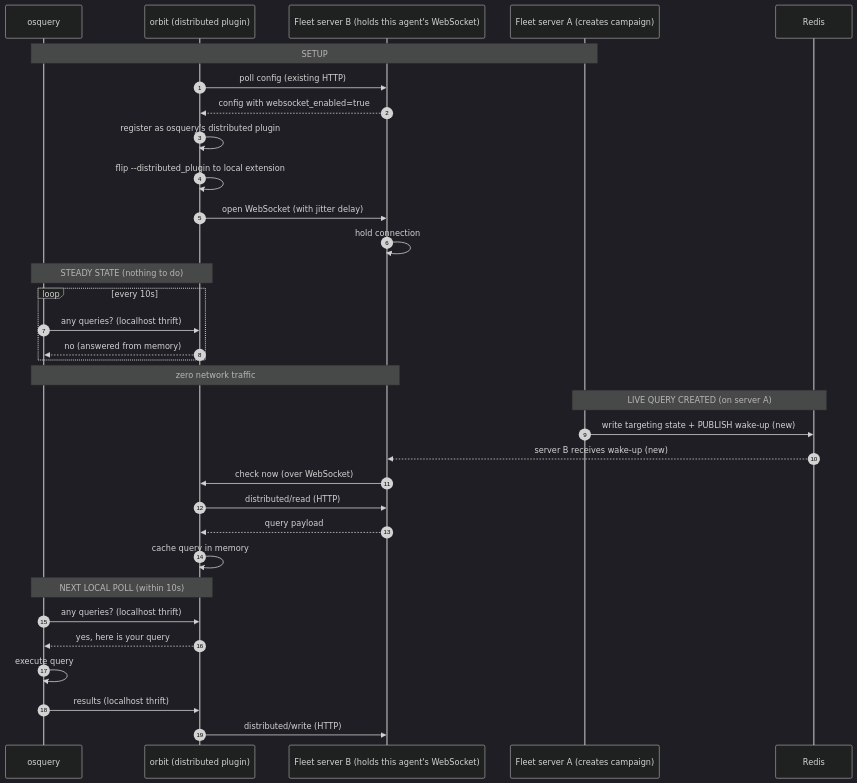
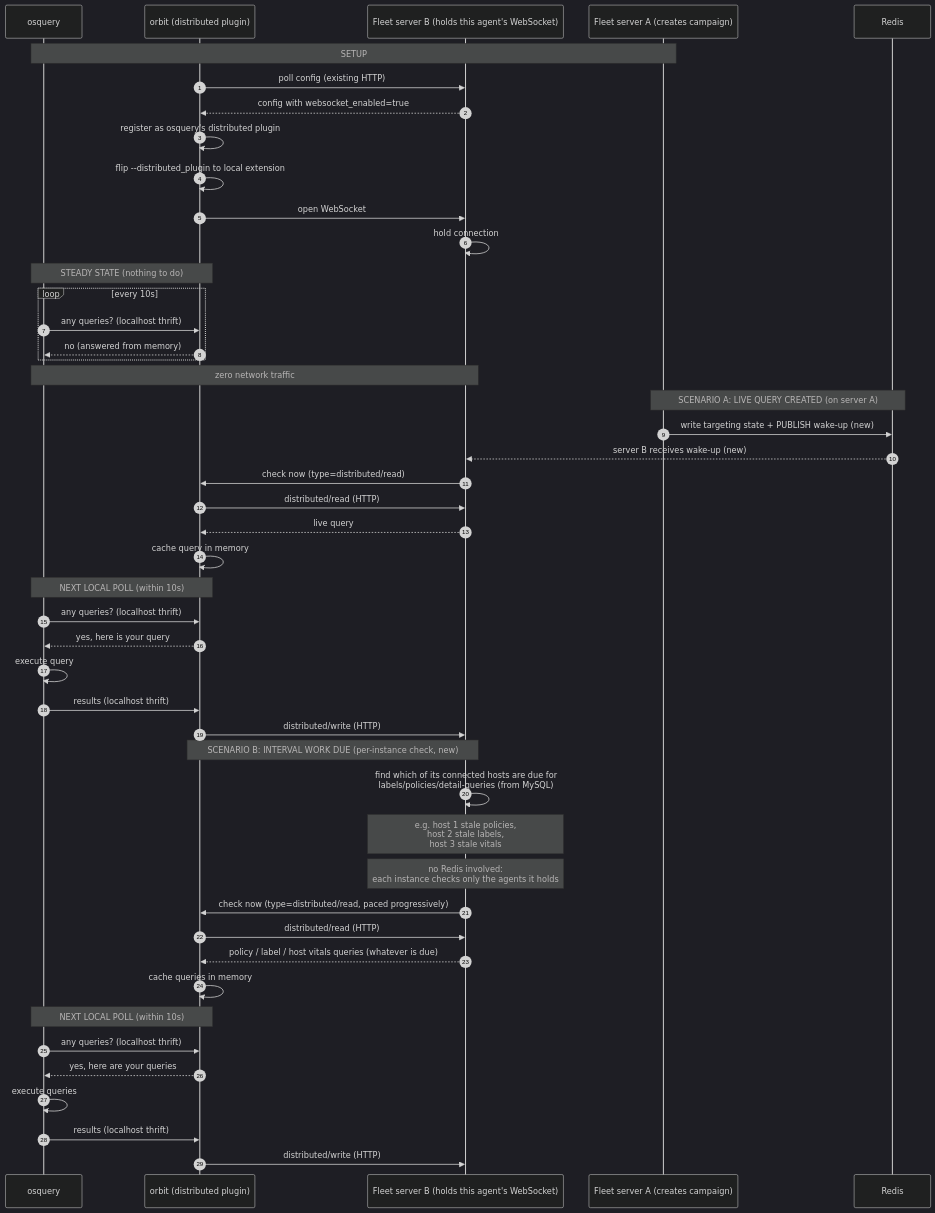
One commit to fleetdm/fleet changed the fourth of 4 diagrams in docs/Contributing/adr/0011-agent-websocket-transport.md. Above: the diagram before and after it, drawn with Mermaid (dark theme). The commit also changed other lines of this file, not shown here.

Commit message:
Add policies, labels, detail queries cron to main diagram

````diff
--- a/docs/Contributing/adr/0011-agent-websocket-transport.md
+++ b/docs/Contributing/adr/0011-agent-websocket-transport.md
@@ -250,39 +211,55 @@
 ```mermaid
 sequenceDiagram
     autonumber
     participant OSQ as osquery
     participant Orbit as orbit (distributed plugin)
     participant S2 as Fleet server B (holds this agent's WebSocket)
     participant S1 as Fleet server A (creates campaign)
     participant Redis
 
     Note over OSQ,S1: SETUP
     Orbit->>S2: poll config (existing HTTP)
     S2-->>Orbit: config with websocket_enabled=true
     Orbit->>Orbit: register as osquery's distributed plugin
     Orbit->>Orbit: flip --distributed_plugin to local extension
-    Orbit->>S2: open WebSocket (with jitter delay)
+    Orbit->>S2: open WebSocket
     S2->>S2: hold connection
 
     Note over OSQ,Orbit: STEADY STATE (nothing to do)
     loop every 10s
         OSQ->>Orbit: any queries? (localhost thrift)
         Orbit-->>OSQ: no (answered from memory)
     end
     Note over OSQ,S2: zero network traffic
 
-    Note over S1,Redis: LIVE QUERY CREATED (on server A)
+    Note over S1,Redis: SCENARIO A: LIVE QUERY CREATED (on server A)
     S1->>Redis: write targeting state + PUBLISH wake-up (new)
     Redis-->>S2: server B receives wake-up (new)
-    S2->>Orbit: check now (over WebSocket)
+    S2->>Orbit: check now (type=distributed/read)
     Orbit->>S2: distributed/read (HTTP)
-    S2-->>Orbit: query payload
+    S2-->>Orbit: live query
     Orbit->>Orbit: cache query in memory
 
     Note over OSQ,Orbit: NEXT LOCAL POLL (within 10s)
     OSQ->>Orbit: any queries? (localhost thrift)
     Orbit-->>OSQ: yes, here is your query
     OSQ->>OSQ: execute query
     OSQ->>Orbit: results (localhost thrift)
     Orbit->>S2: distributed/write (HTTP)
+
+    Note over Orbit,S2: SCENARIO B: INTERVAL WORK DUE (per-instance check, new)
+    S2->>S2: find which of its connected hosts are due for<br>labels/policies/detail-queries (from MySQL)
+    Note over S2: e.g. host 1 stale policies,<br>host 2 stale labels,<br>host 3 stale vitals
+    Note over S2: no Redis involved:<br>each instance checks only the agents it holds
+    S2->>Orbit: check now (type=distributed/read, paced progressively)
+    Orbit->>S2: distributed/read (HTTP)
+    S2-->>Orbit: policy / label / host vitals queries (whatever is due)
+    Orbit->>Orbit: cache queries in memory
+
+    Note over OSQ,Orbit: NEXT LOCAL POLL (within 10s)
+    OSQ->>Orbit: any queries? (localhost thrift)
+    Orbit-->>OSQ: yes, here are your queries
+    OSQ->>OSQ: execute queries
+    OSQ->>Orbit: results (localhost thrift)
+    Orbit->>S2: distributed/write (HTTP)
 ```
````
